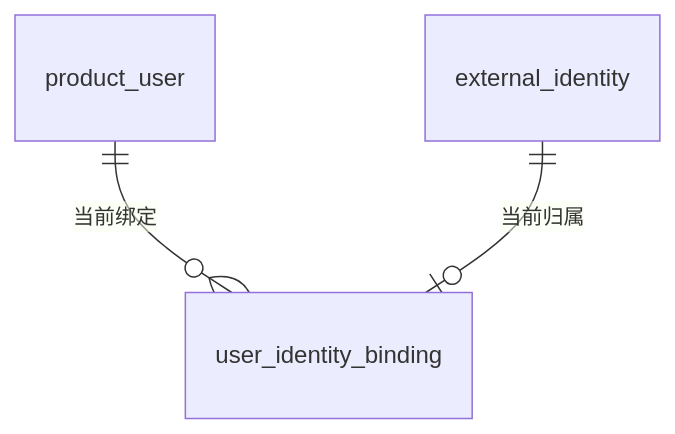
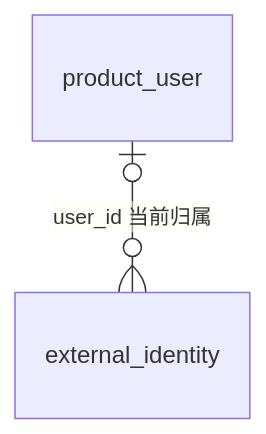
Before and after one commit to 0xabcd-k/DexWallet: the diagram in docs/design/工程工作记录/02-用户与鉴权/2.1-用户模型/02实施方案.md, drawn with Mermaid. The commit also changed other lines of this file and 5 other files, not shown here.

````diff
--- a/docs/design/工程工作记录/02-用户与鉴权/2.1-用户模型/02实施方案.md
+++ b/docs/design/工程工作记录/02-用户与鉴权/2.1-用户模型/02实施方案.md
@@ -25,5 +25,4 @@
 ```mermaid
 erDiagram
-    product_user ||--o{ user_identity_binding : "当前绑定"
-    external_identity ||--o| user_identity_binding : "当前归属"
+    product_user |o--o{ external_identity : "user_id 当前归属"
 ```
````
